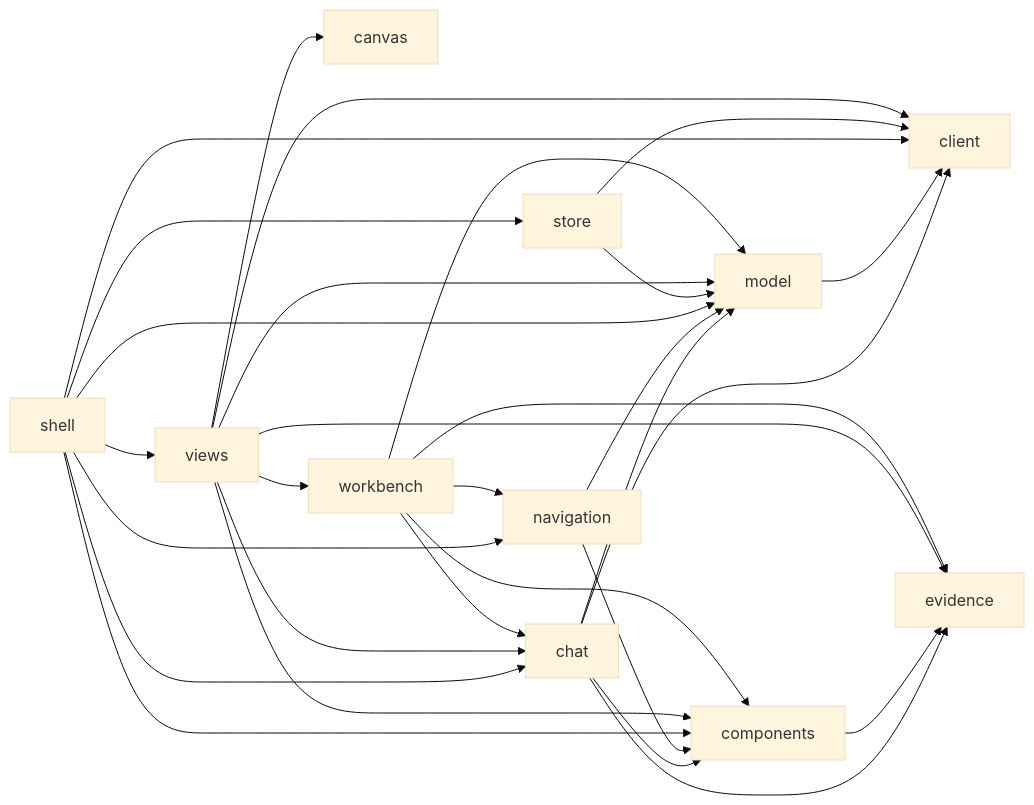
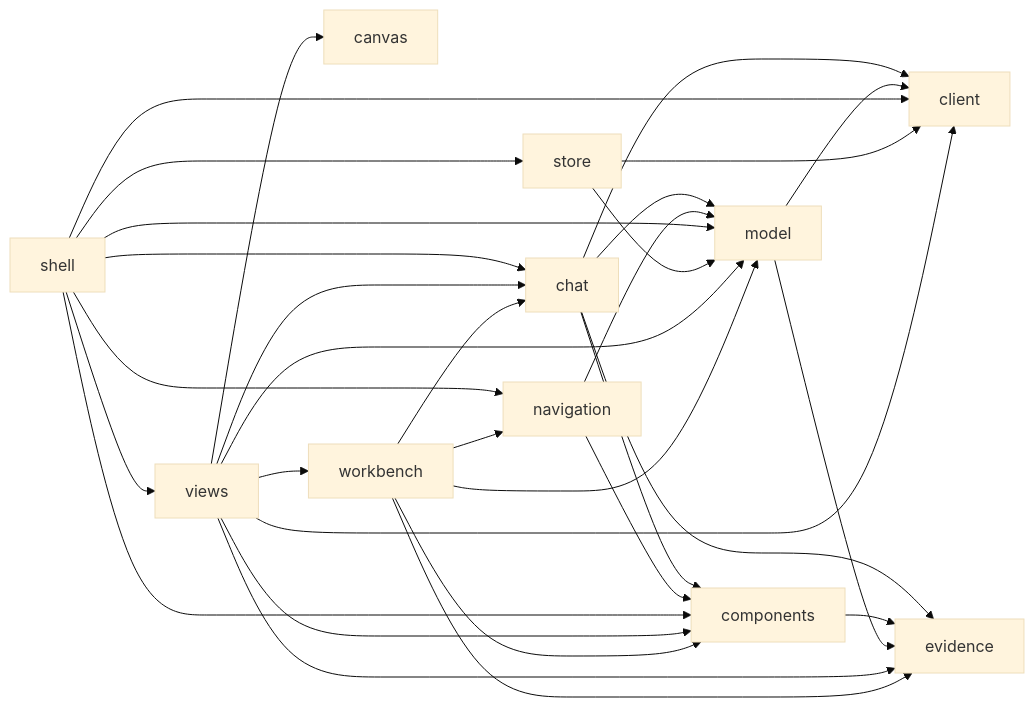
The diagram in src/archkeel/studio/ui/AGENTS.md (rapiddweller/archkeel), drawn with Mermaid (base theme) before and after one commit. The commit also changed 36 other files, not shown here.

````diff
--- a/src/archkeel/studio/ui/AGENTS.md
+++ b/src/archkeel/studio/ui/AGENTS.md
@@ -30,32 +30,33 @@
 ```mermaid
 flowchart LR
     chat --> client
     chat --> components
     chat --> evidence
     chat --> model
     components --> evidence
     model --> client
+    model --> evidence
     navigation --> components
     navigation --> model
     shell --> chat
     shell --> client
     shell --> components
     shell --> model
     shell --> navigation
     shell --> store
     shell --> views
     store --> client
     store --> model
     views --> canvas
     views --> chat
     views --> client
     views --> components
     views --> evidence
     views --> model
     views --> workbench
     workbench --> chat
     workbench --> components
     workbench --> evidence
     workbench --> model
     workbench --> navigation
 ```
````
